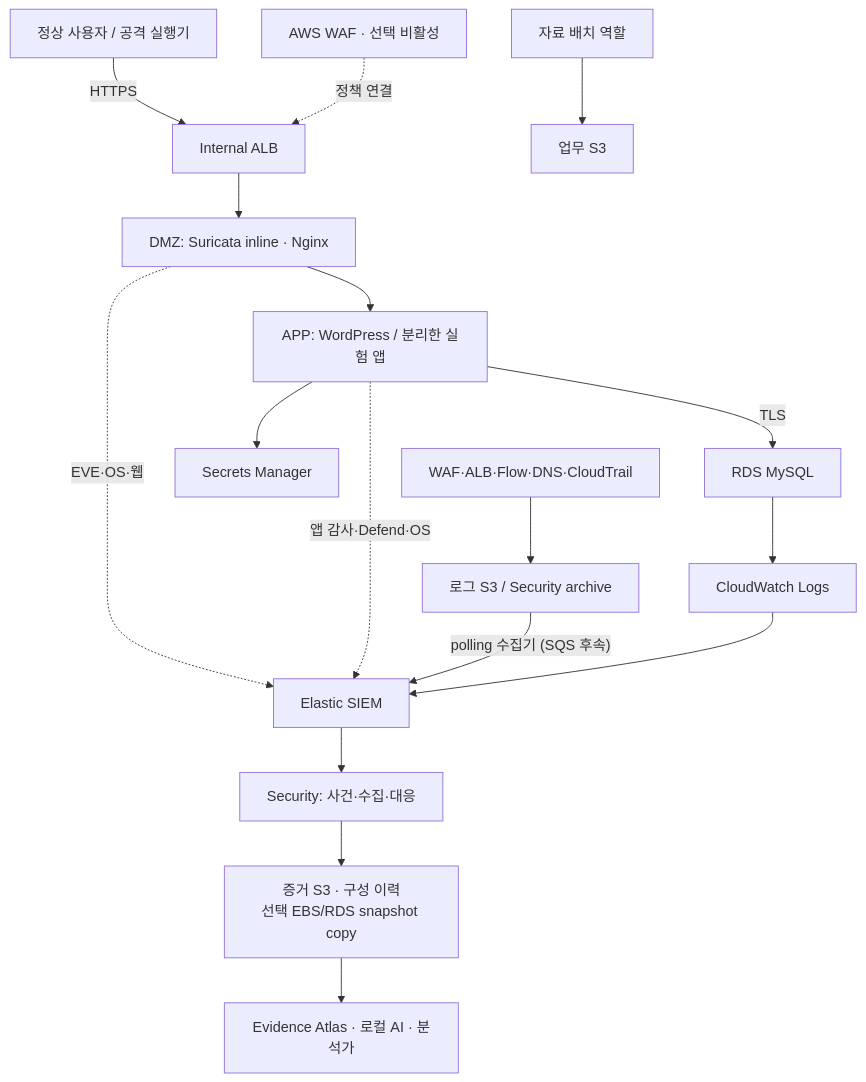
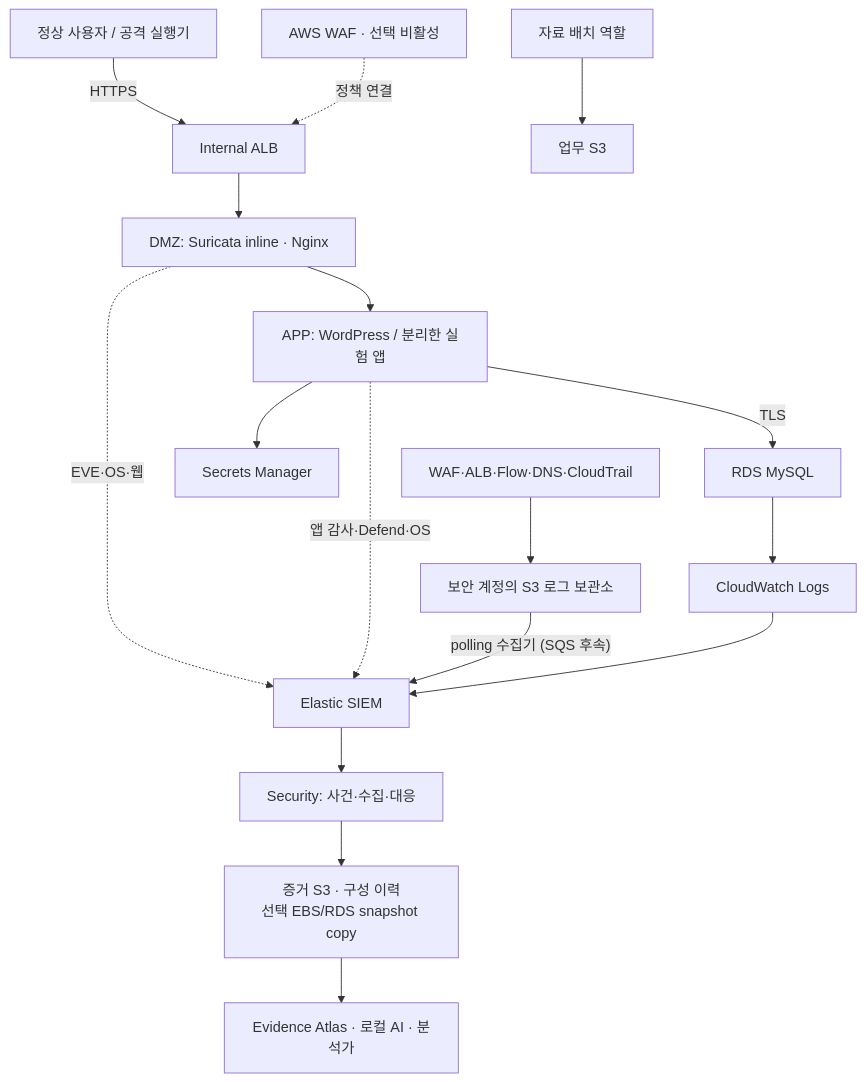
The diagram in cloud-lab/DESIGN.md (acvbbnm/dfir), drawn with Mermaid before and after one commit. The commit also changed 7 other files, not shown here.

```diff
--- a/cloud-lab/DESIGN.md
+++ b/cloud-lab/DESIGN.md
@@ -54,19 +54,19 @@
 ~~~mermaid
 flowchart TB
     U["정상 사용자 / 공격 실행기"] -->|"HTTPS"| ALB["Internal ALB"]
     WAF["AWS WAF · 선택 비활성"] -. "정책 연결" .-> ALB
     ALB --> WEB["DMZ: Suricata inline · Nginx"]
     WEB --> APP["APP: WordPress / 분리한 실험 앱"]
     APP -->|"TLS"| DB["RDS MySQL"]
     APP --> SM["Secrets Manager"]
     B["자료 배치 역할"] --> DATA["업무 S3"]
-    LOG["WAF·ALB·Flow·DNS·CloudTrail"] --> S3["로그 S3 / Security archive"]
+    LOG["WAF·ALB·Flow·DNS·CloudTrail"] --> S3["보안 계정의 S3 로그 보관소"]
     DB --> CW["CloudWatch Logs"]
     WEB -. "EVE·OS·웹" .-> ES["Elastic SIEM"]
     APP -. "앱 감사·Defend·OS" .-> ES
     S3 -->|"polling 수집기 (SQS 후속)"| ES
     CW --> ES
     ES --> CASE["Security: 사건·수집·대응"]
     CASE --> EVID["증거 S3 · 구성 이력<br/>선택 EBS/RDS snapshot copy"]
     EVID --> ATLAS["Evidence Atlas · 로컬 AI · 분석가"]
 ~~~
```
